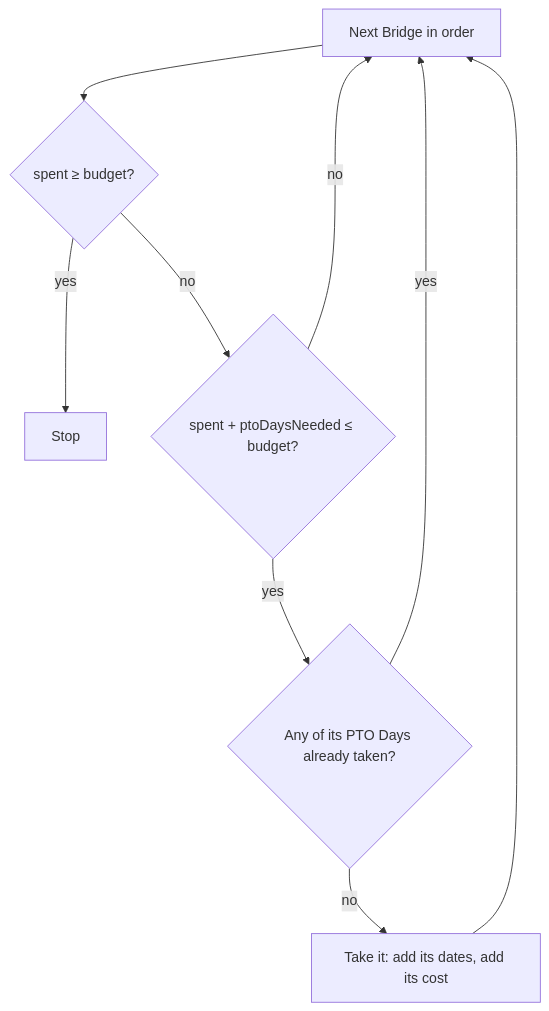
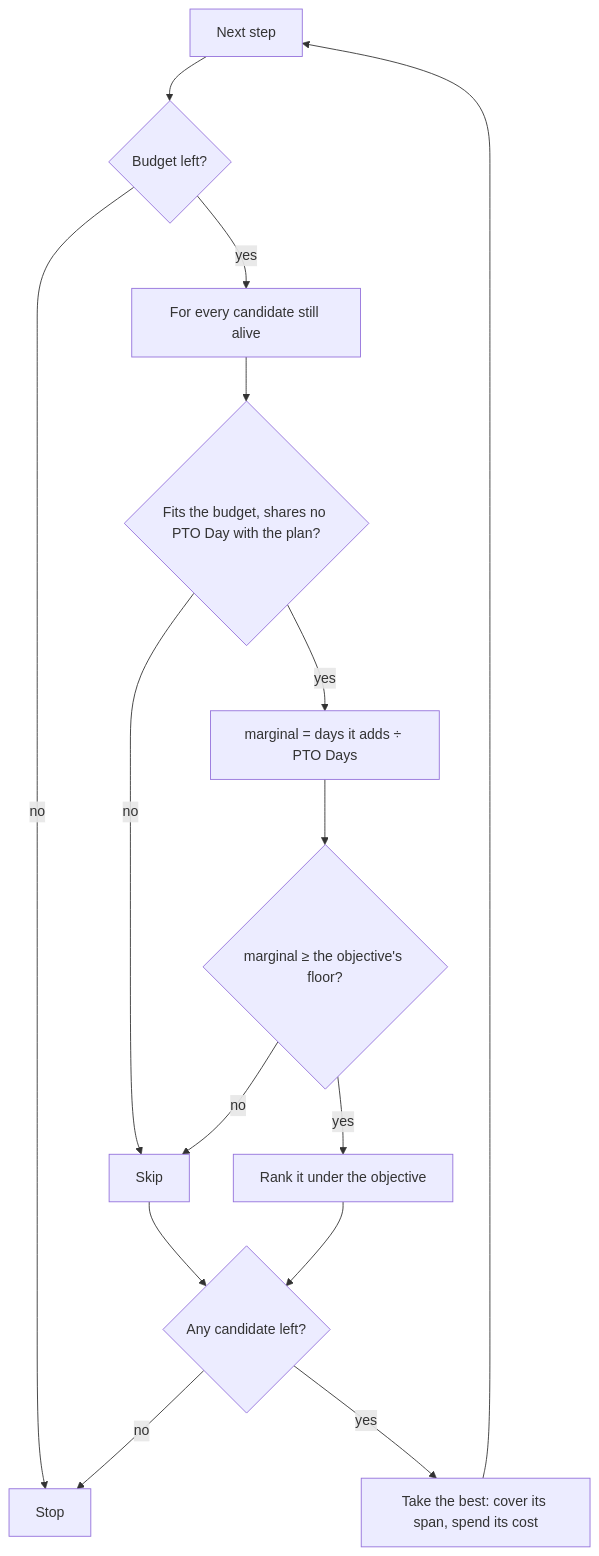
Before and after one commit to fbuireu/forever-pto: the fourth of 4 diagrams in apps/docs/src/content/docs/how-it-works/planning-algorithm.mdx, drawn with Mermaid. The commit also changed other lines of this file and 232 other files, not shown here.

Commit message:
feat(web): plan every Strategy on the marginal gain, add Main vacation and make the planner faster (#404)

````diff
--- a/apps/docs/src/content/docs/how-it-works/planning-algorithm.mdx
+++ b/apps/docs/src/content/docs/how-it-works/planning-algorithm.mdx
@@ -123,10 +124,16 @@
 ```mermaid
 flowchart TD
-  NEXT[Next Bridge in order] --> SPENT{spent ≥ budget?}
-  SPENT -- yes --> DONE[Stop]
-  SPENT -- no --> FIT{spent + ptoDaysNeeded ≤ budget?}
-  FIT -- no --> NEXT
-  FIT -- yes --> CLASH{Any of its PTO Days already taken?}
-  CLASH -- yes --> NEXT
-  CLASH -- no --> TAKE[Take it: add its dates, add its cost] --> NEXT
+  STEP[Next step] --> SPENT{Budget left?}
+  SPENT -- no --> DONE[Stop]
+  SPENT -- yes --> EACH[For every candidate still alive]
+  EACH --> FIT{Fits the budget, shares no PTO Day with the plan?}
+  FIT -- no --> SKIP[Skip]
+  FIT -- yes --> GAIN["marginal = days it adds ÷ PTO Days"]
+  GAIN --> FLOOR{marginal ≥ the objective's floor?}
+  FLOOR -- no --> SKIP
+  FLOOR -- yes --> RANK[Rank it under the objective]
+  RANK --> BEST{Any candidate left?}
+  SKIP --> BEST
+  BEST -- no --> DONE
+  BEST -- yes --> TAKE[Take the best: cover its span, spend its cost] --> STEP
 ```
````
